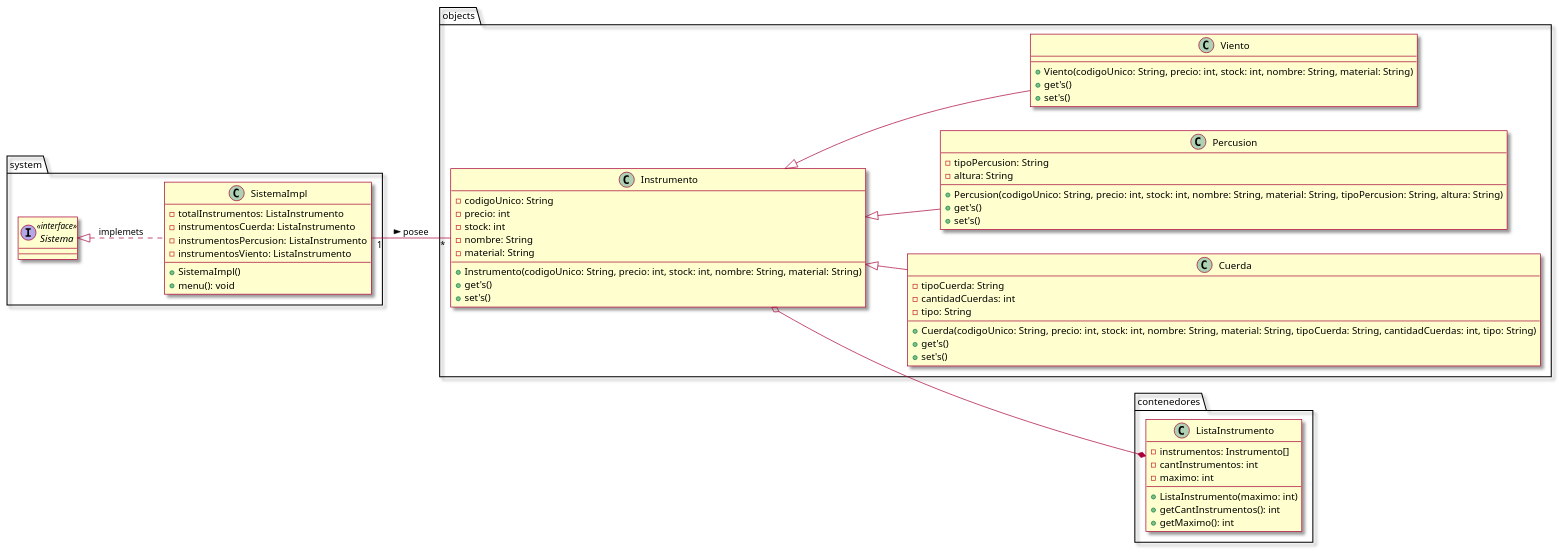
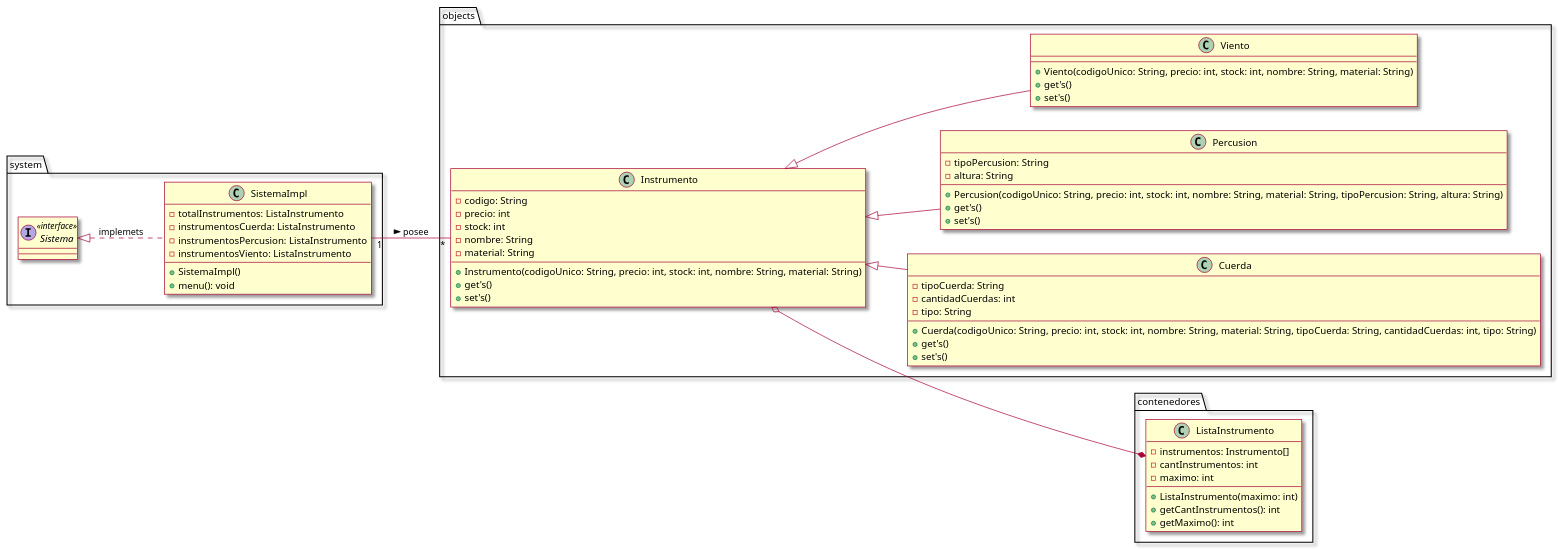
One commit to ProMDFK123/Taller3 changed the diagram in src/clase.puml. Above: the diagram before and after it, drawn with PlantUML.

Commit message:
diagrama de clases v0.1.2

```diff
--- a/src/clase.puml
+++ b/src/clase.puml
@@ -1,78 +1,78 @@
 @startuml
 left to right direction
 skin rose
 
 package objects{
     Class Instrumento{
-        -codigoUnico: String
+        -codigo: String
         -precio: int
         -stock: int
         -nombre: String
         -material: String
 
         +Instrumento(codigoUnico: String, precio: int, stock: int, nombre: String, material: String)
         +get's()
         +set's()
     }
 
     Class Cuerda{
         -tipoCuerda: String
         -cantidadCuerdas: int
         -tipo: String
 
         +Cuerda(codigoUnico: String, precio: int, stock: int, nombre: String, material: String, tipoCuerda: String, cantidadCuerdas: int, tipo: String)
         +get's()
         +set's()
     }
 
     Class Percusion{
         -tipoPercusion: String
         -altura: String
 
         +Percusion(codigoUnico: String, precio: int, stock: int, nombre: String, material: String, tipoPercusion: String, altura: String)
         +get's()
         +set's()
     }
 
     Class Viento{
         +Viento(codigoUnico: String, precio: int, stock: int, nombre: String, material: String)
         +get's()
         +set's()
     }
 }
 
 Instrumento^--Cuerda
 Instrumento^--Percusion
 Instrumento^--Viento
 
 package contenedores{
     Class ListaInstrumento{
         -instrumentos: Instrumento[]
         -cantInstrumentos: int
         -maximo: int
 
         +ListaInstrumento(maximo: int)
         +getCantInstrumentos(): int
         +getMaximo(): int
     }
 }
 
 Instrumento o--* ListaInstrumento
 
 package system{
     interface Sistema <<interface>>{}
 
     Class SistemaImpl{
         -totalInstrumentos: ListaInstrumento
         -instrumentosCuerda: ListaInstrumento
         -instrumentosPercusion: ListaInstrumento
         -instrumentosViento: ListaInstrumento
 
         +SistemaImpl()
         +menu(): void
     }
 }
 
 Sistema^..SistemaImpl: implemets
 SistemaImpl"1"--"*"Instrumento:  posee >
 @enduml
```
